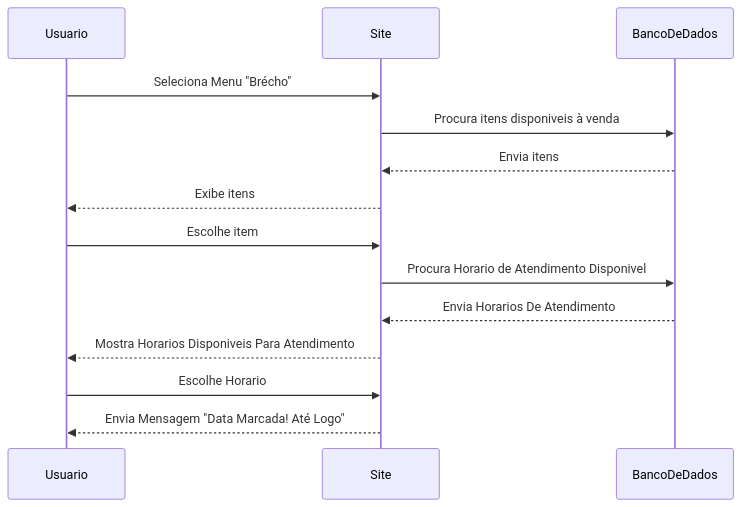
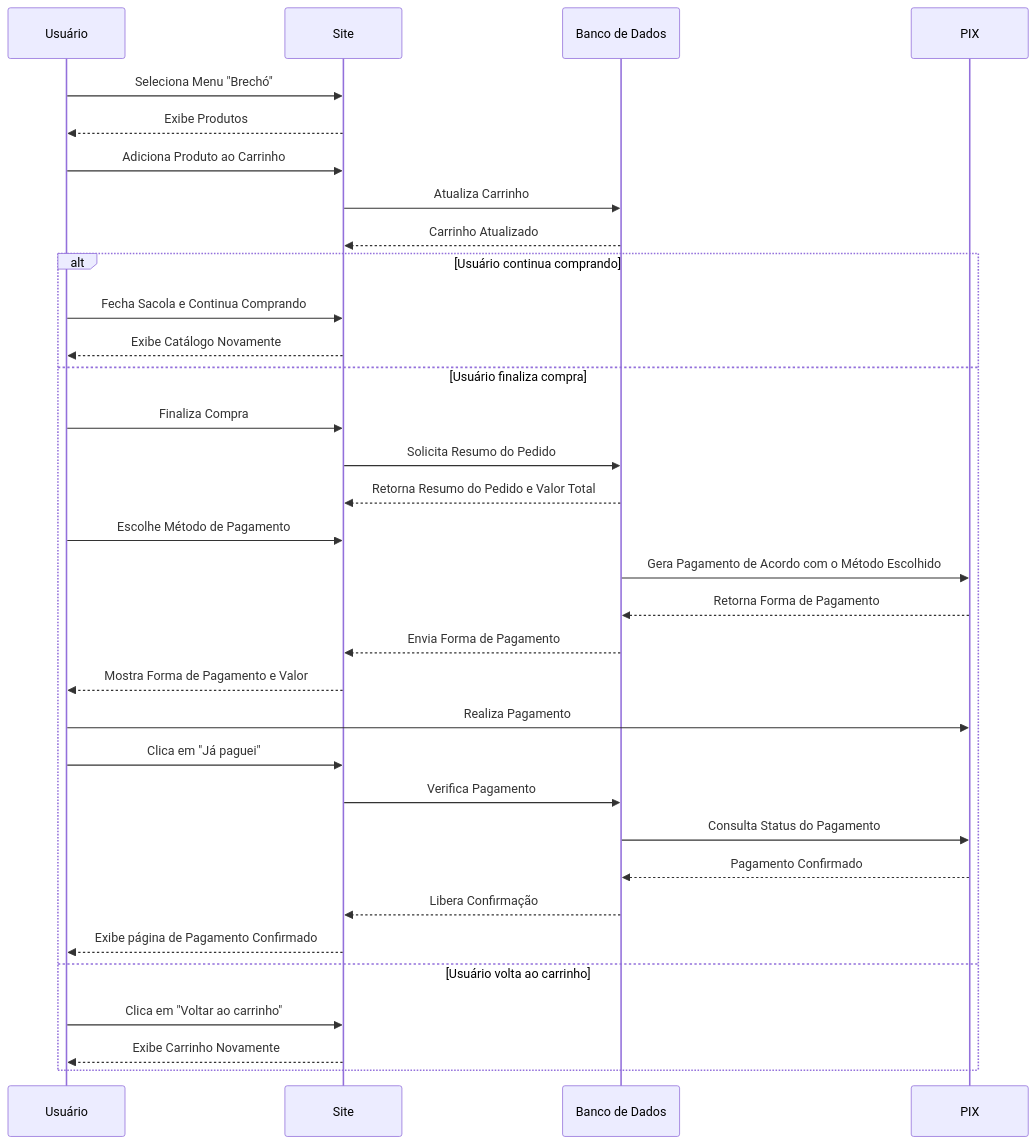
Before and after one commit to ligiaoliveira/Casa-dos-Gatos: the diagram in docs/diagramas/sequencia_brecho.md, drawn with Mermaid.

````diff
--- a/docs/diagramas/sequencia_brecho.md
+++ b/docs/diagramas/sequencia_brecho.md
@@ -1,16 +1,40 @@
 ```mermaid
 sequenceDiagram
-participant U as Usuario
-participant S as Site
-participant B as BancoDeDados
-U->>S:Seleciona Menu "Brécho"
-S->>B:Procura itens disponiveis à venda
-B-->>S:Envia itens
-S-->>U:Exibe itens
-U->>S:Escolhe item
-S->>B:Procura Horario de Atendimento Disponivel
-B-->>S: Envia Horarios De Atendimento
-S-->>U: Mostra Horarios Disponiveis Para Atendimento
-U->>S: Escolhe Horario
-S-->>U: Envia Mensagem "Data Marcada! Até Logo"
+    participant U as Usuário 
+    participant S as Site
+    participant B as Banco de Dados
+    participant P as PIX
+
+U->>S: Seleciona Menu "Brechó"
+S-->>U: Exibe Produtos
+U->>S: Adiciona Produto ao Carrinho
+S->>B: Atualiza Carrinho
+B-->>S: Carrinho Atualizado
+
+alt Usuário continua comprando
+U->>S: Fecha Sacola e Continua Comprando
+S-->>U: Exibe Catálogo Novamente
+
+else Usuário finaliza compra
+U->>S: Finaliza Compra
+S->>B: Solicita Resumo do Pedido
+B-->>S: Retorna Resumo do Pedido e Valor Total
+U->>S:Escolhe Método de Pagamento
+B->>P: Gera Pagamento de Acordo com o Método Escolhido
+P-->>B: Retorna Forma de Pagamento
+B-->>S: Envia Forma de Pagamento
+S-->>U: Mostra Forma de Pagamento e Valor
+U->>P: Realiza Pagamento
+U->>S: Clica em "Já paguei"
+S->>B: Verifica Pagamento
+B->>P: Consulta Status do Pagamento
+P-->>B: Pagamento Confirmado
+B-->>S: Libera Confirmação
+S-->>U: Exibe página de Pagamento Confirmado
+
+else Usuário volta ao carrinho
+U->>S: Clica em "Voltar ao carrinho"
+S-->>U: Exibe Carrinho Novamente
+end
+
 ```
````
